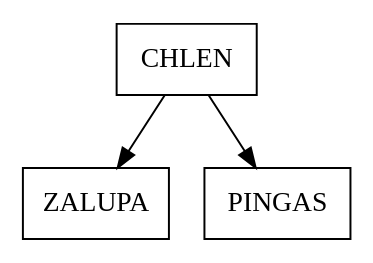
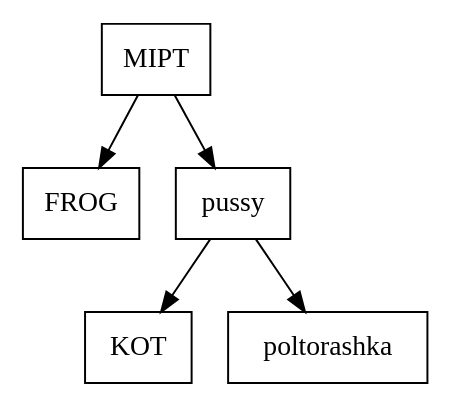
Before and after one commit to KirillAnokhin/Akinator: the diagram in dumptext.dot, drawn with Graphviz. The commit also changed 4 other files, not shown here.

```diff
--- a/dumptext.dot
+++ b/dumptext.dot
@@ -1,8 +1,12 @@
 digraph dump {
     node [shape = record];
-30375952 [shape = record, label = "{CHLEN}"];
-30375952 -> 30376016
-30376016 [shape = record, label = "{ZALUPA}"];
-30376048 [shape = record, label = "{PINGAS}"];
-30375952 -> 30376048
+37113872 [shape = record, label = "{MIPT}"];
+37113872 -> 37113936
+37113936 [shape = record, label = "{FROG}"];
+37113968 [shape = record, label = "{pussy}"];
+37113968 -> 37114064
+37114064 [shape = record, label = "{KOT}"];
+37114096 [shape = record, label = "{poltorashka}"];
+37113968 -> 37114096
+37113872 -> 37113968
 }
```
